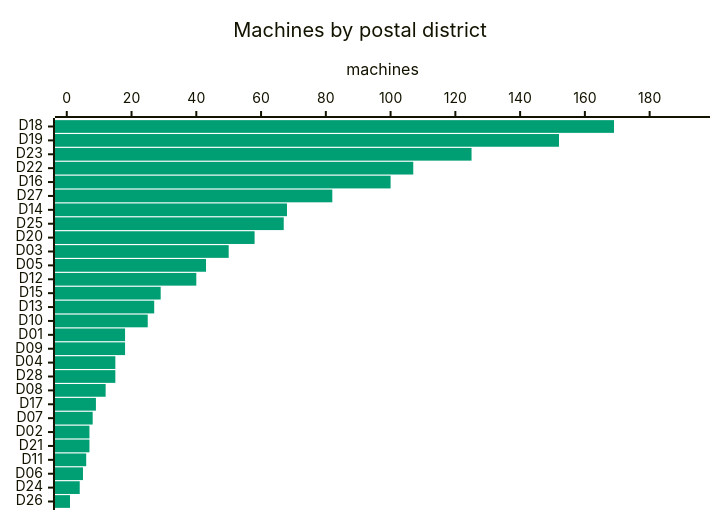
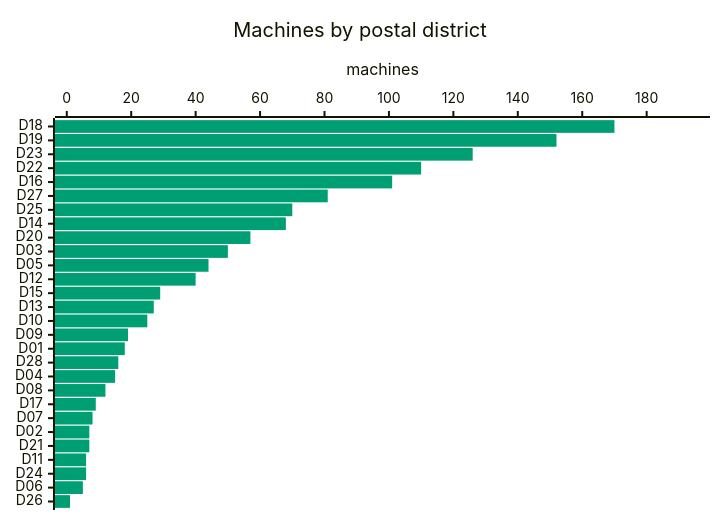
One commit to cheeaun/returnright-data changed the fourth of 7 diagrams in ANALYSIS.md. Above: the diagram before and after it, drawn with Mermaid. The commit also changed other lines of this file and 3 other files, not shown here.

````diff
--- a/ANALYSIS.md
+++ b/ANALYSIS.md
@@ -124,16 +122,16 @@
 ```mermaid
 ---
 config:
   themeVariables:
     xyChart:
       plotColorPalette: "#009E73"
   xyChart:
     chartOrientation: "horizontal"
     plotReservedSpacePercent: 40
 ---
 xychart-beta
     title "Machines by postal district"
-    x-axis ["D18", "D19", "D23", "D22", "D16", "D27", "D14", "D25", "D20", "D03", "D05", "D12", "D15", "D13", "D10", "D01", "D09", "D04", "D28", "D08", "D17", "D07", "D02", "D21", "D11", "D06", "D24", "D26"]
-    y-axis "machines" 0 --> 195
-    bar [169, 152, 125, 107, 100, 82, 68, 67, 58, 50, 43, 40, 29, 27, 25, 18, 18, 15, 15, 12, 9, 8, 7, 7, 6, 5, 4, 1]
+    x-axis ["D18", "D19", "D23", "D22", "D16", "D27", "D25", "D14", "D20", "D03", "D05", "D12", "D15", "D13", "D10", "D09", "D01", "D28", "D04", "D08", "D17", "D07", "D02", "D21", "D11", "D24", "D06", "D26"]
+    y-axis "machines" 0 --> 196
+    bar [170, 152, 126, 110, 101, 81, 70, 68, 57, 50, 44, 40, 29, 27, 25, 19, 18, 16, 15, 12, 9, 8, 7, 7, 6, 6, 5, 1]
 ```
````
